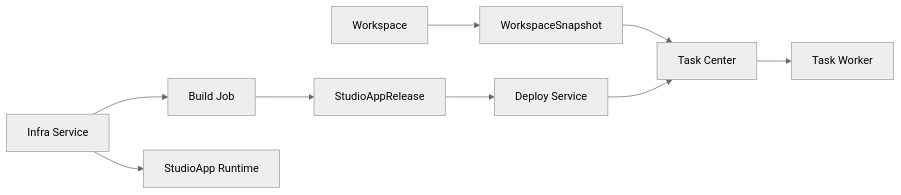
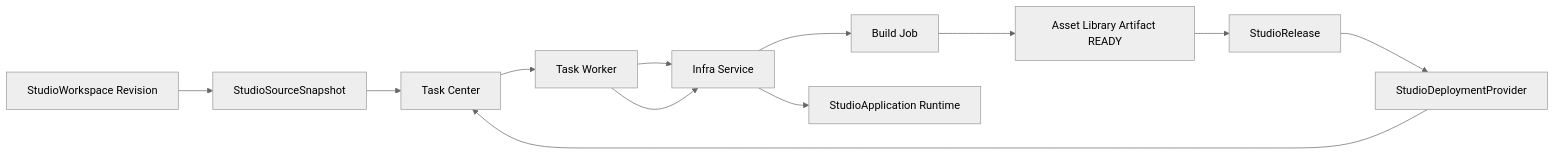
Before and after one commit to wangweihong/omnimam-spec: diagram 11 of 11 in 00_product/domains/appstudio/product-spec.md, drawn with Mermaid (neutral theme). The commit also changed other lines of this file and 38 other files, not shown here.

````diff
--- a/00_product/domains/appstudio/product-spec.md
+++ b/00_product/domains/appstudio/product-spec.md
@@ -2513,21 +2557,24 @@
 ```mermaid
 flowchart LR
-    WS[Workspace]
-    SNAPSHOT[WorkspaceSnapshot]
+    WS[StudioWorkspace Revision]
+    SNAPSHOT[StudioSourceSnapshot]
     TASK[Task Center]
     WORKER[Task Worker]
     INFRA[Infra Service]
     BUILD[Build Job]
-    RELEASE[StudioAppRelease]
-    DEPLOY[Deploy Service]
-    RUNTIME[StudioApp Runtime]
+    RELEASE[StudioRelease]
+    DEPLOY[StudioDeploymentProvider]
+    RUNTIME[StudioApplication Runtime]
 
     WS --> SNAPSHOT
     SNAPSHOT --> TASK
     TASK --> WORKER
+    WORKER --> INFRA
     INFRA --> BUILD
-    BUILD --> RELEASE
+    BUILD --> ARTIFACT[Asset Library Artifact READY]
+    ARTIFACT --> RELEASE
     RELEASE --> DEPLOY
     DEPLOY --> TASK
+    WORKER --> INFRA
     INFRA --> RUNTIME
 ```
````
